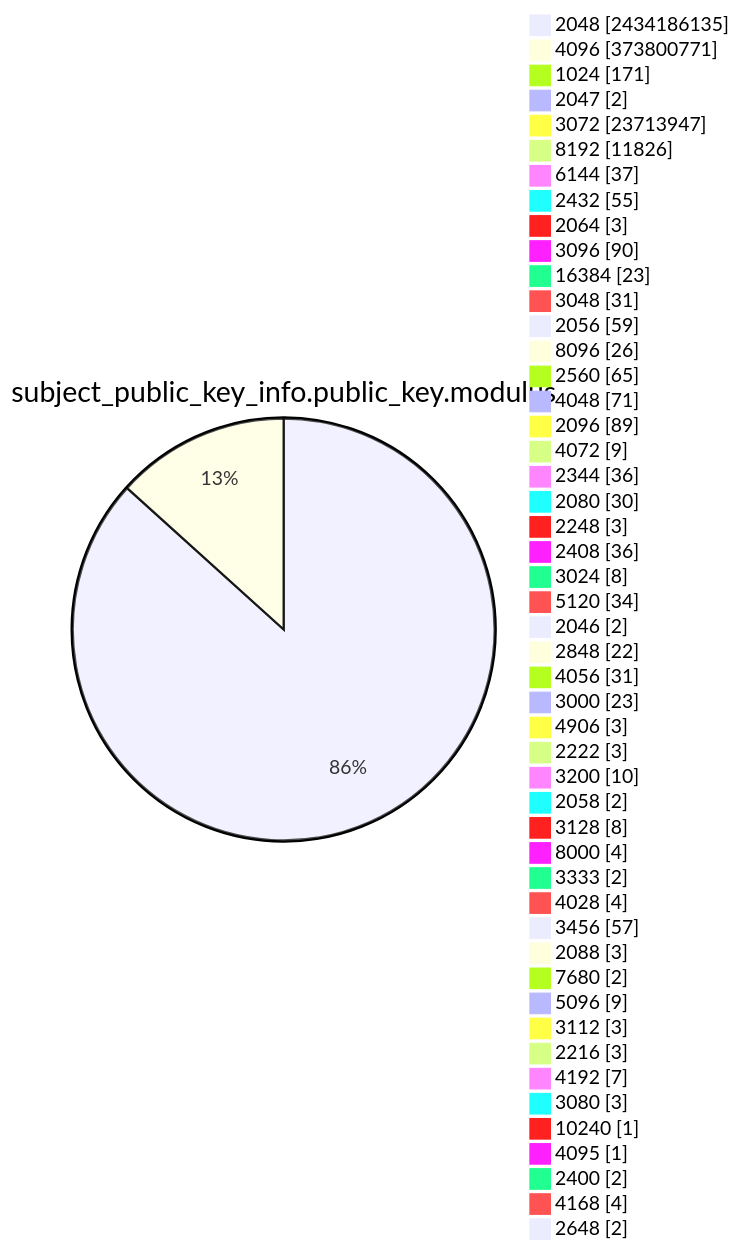
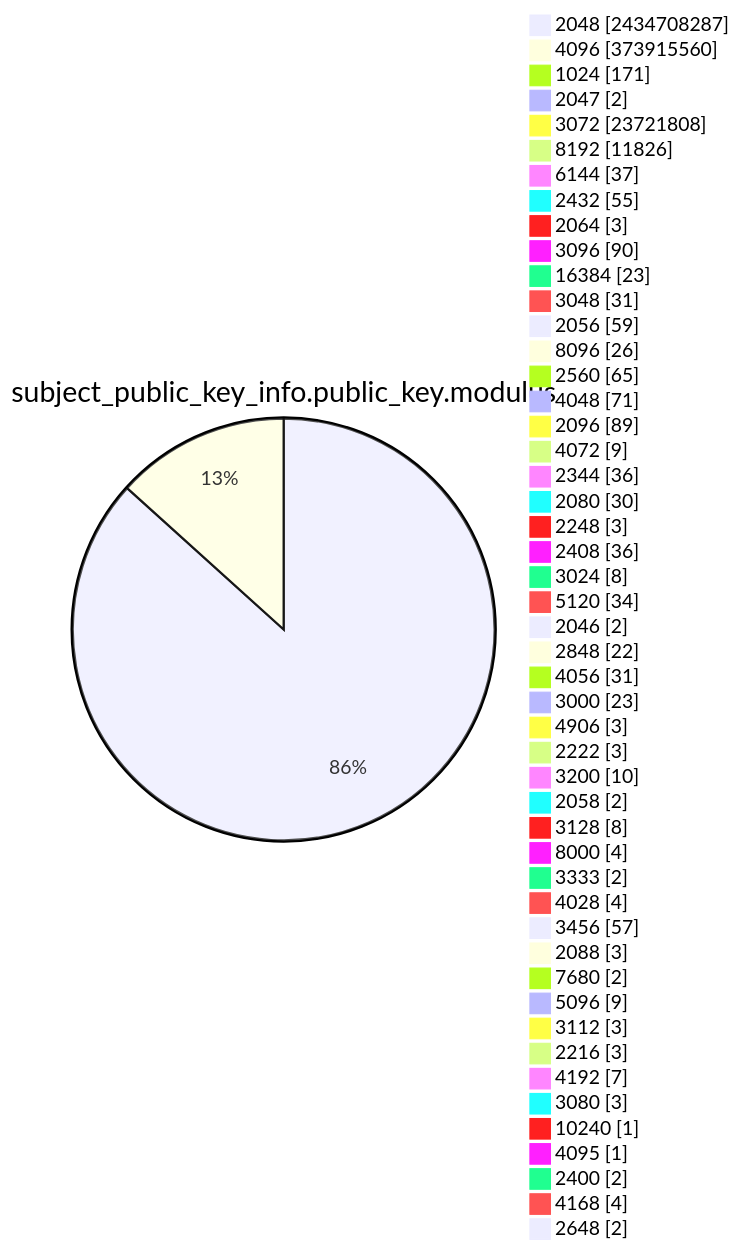
Diagram 13 of 15 in TOTAL/README.md (christiankrug/ctmonitor_visualization), drawn with Mermaid before and after one commit. The commit also changed other lines of this file, not shown here.

````diff
--- a/TOTAL/README.md
+++ b/TOTAL/README.md
@@ -4168,53 +4168,53 @@
 ```mermaid
 pie showData
 title subject_public_key_info.public_key.modulus
-"2048" :2434186135
-"4096" :373800771
+"2048" :2434708287
+"4096" :373915560
 "1024" :171
 "2047" :2
-"3072" :23713947
+"3072" :23721808
 "8192" :11826
 "6144" :37
 "2432" :55
 "2064" :3
 "3096" :90
 "16384" :23
 "3048" :31
 "2056" :59
 "8096" :26
 "2560" :65
 "4048" :71
 "2096" :89
 "4072" :9
 "2344" :36
 "2080" :30
 "2248" :3
 "2408" :36
 "3024" :8
 "5120" :34
 "2046" :2
 "2848" :22
 "4056" :31
 "3000" :23
 "4906" :3
 "2222" :3
 "3200" :10
 "2058" :2
 "3128" :8
 "8000" :4
 "3333" :2
 "4028" :4
 "3456" :57
 "2088" :3
 "7680" :2
 "5096" :9
 "3112" :3
 "2216" :3
 "4192" :7
 "3080" :3
 "10240" :1
 "4095" :1
 "2400" :2
 "4168" :4
 "2648" :2
 ```
````
